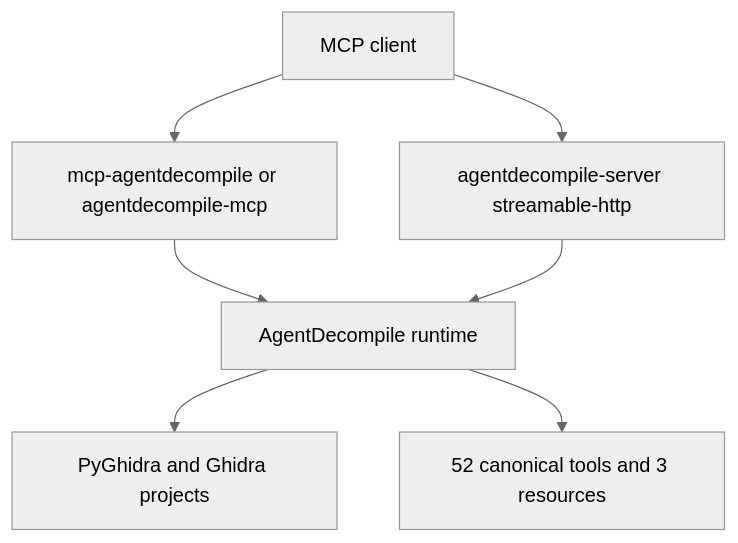
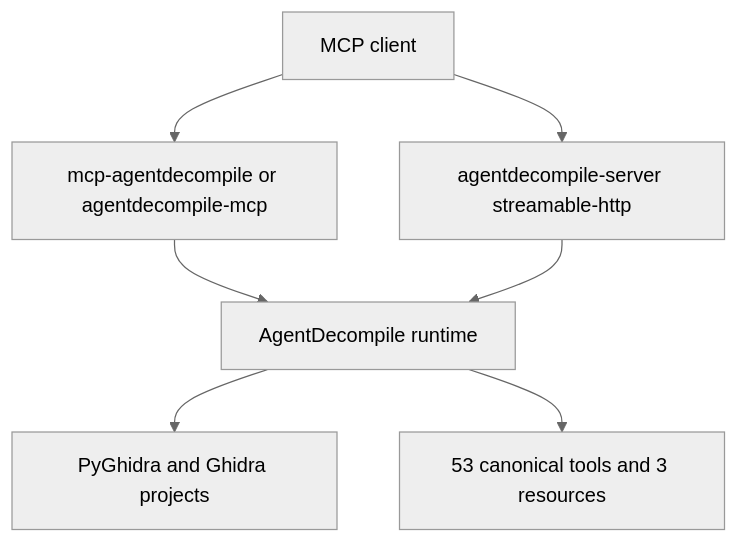
The first of 2 diagrams in README.md (bolabaden/AgentDecompile), drawn with Mermaid (neutral theme) before and after one commit. The commit also changed other lines of this file and 9 other files, not shown here.

````diff
--- a/README.md
+++ b/README.md
@@ -9,9 +9,9 @@
 ```mermaid
 flowchart TD
   A[MCP client] --> B[mcp-agentdecompile or agentdecompile-mcp]
   A --> C[agentdecompile-server streamable-http]
   B --> D[AgentDecompile runtime]
   C --> D
   D --> E[PyGhidra and Ghidra projects]
-  D --> F[52 canonical tools and 3 resources]
+  D --> F[53 canonical tools and 3 resources]
 ```
````
